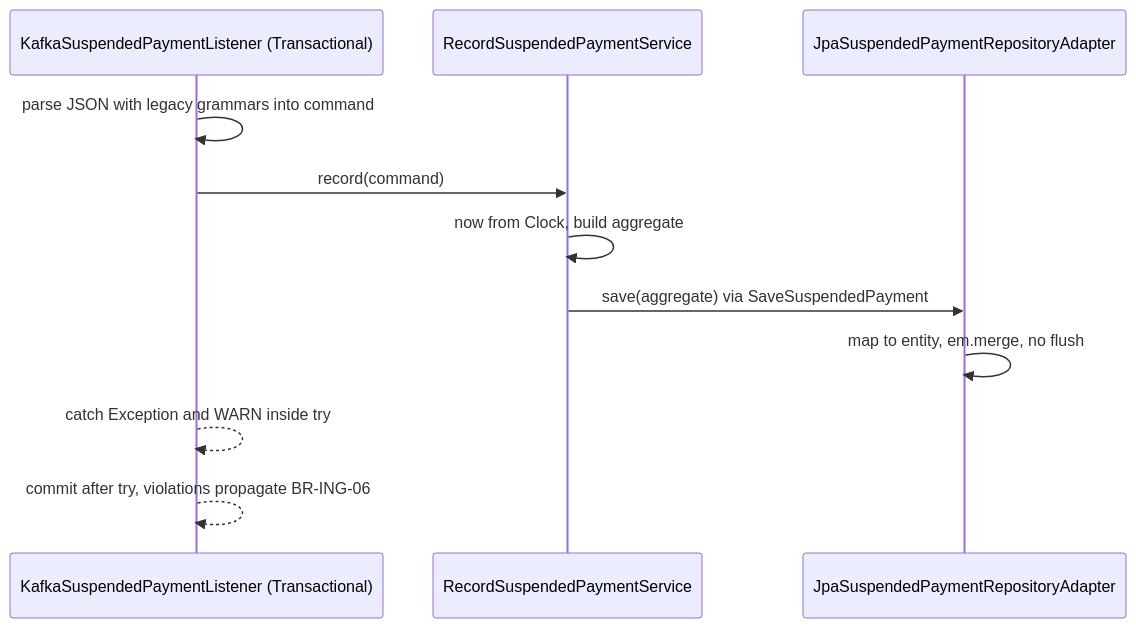
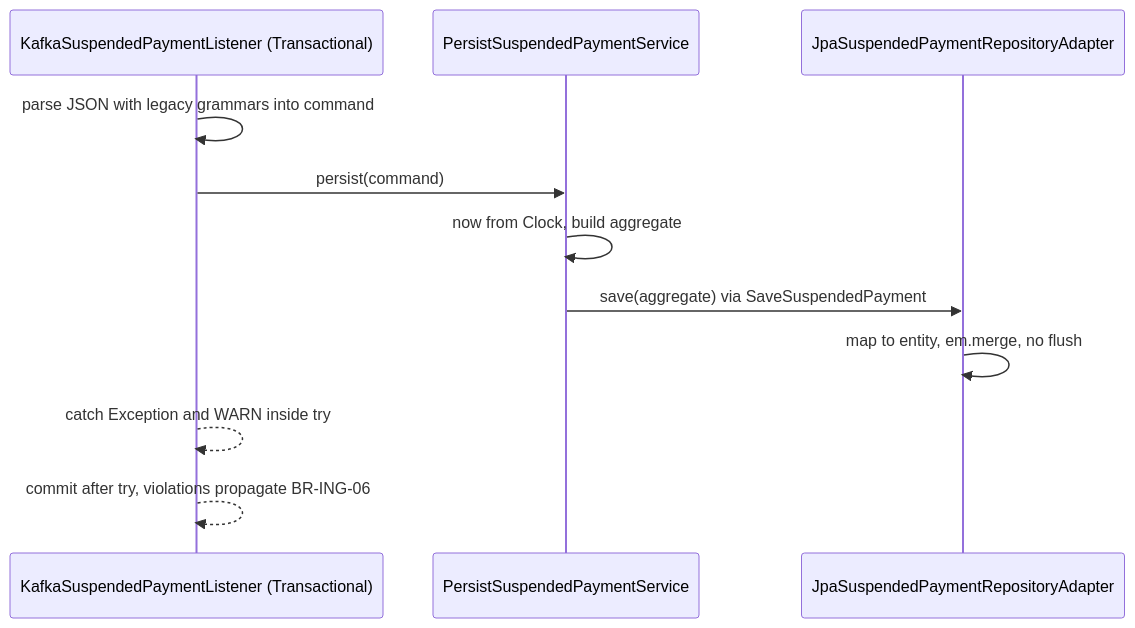
The fifth of 5 diagrams in realistic-mess-based-on-jpa-entities-challenge/docs/migration-2026-11-12/technical-layer-design.md (kevin-llps/payments-hexagonal-architecture-migration-challenge), drawn with Mermaid before and after one commit. The commit also changed other lines of this file and 9 other files, not shown here.

Commit message:
refactor(jpa): rename Record input ports to Persist in the Suspended context

````diff
--- a/realistic-mess-based-on-jpa-entities-challenge/docs/migration-2026-11-12/technical-layer-design.md
+++ b/realistic-mess-based-on-jpa-entities-challenge/docs/migration-2026-11-12/technical-layer-design.md
@@ -527,13 +527,13 @@
 ```mermaid
 sequenceDiagram
     participant K as KafkaSuspendedPaymentListener (Transactional)
-    participant R as RecordSuspendedPaymentService
+    participant R as PersistSuspendedPaymentService
     participant J as JpaSuspendedPaymentRepositoryAdapter
     K->>K: parse JSON with legacy grammars into command
-    K->>R: record(command)
+    K->>R: persist(command)
     R->>R: now from Clock, build aggregate
     R->>J: save(aggregate) via SaveSuspendedPayment
     J->>J: map to entity, em.merge, no flush
     K-->>K: catch Exception and WARN inside try
     K-->>K: commit after try, violations propagate BR-ING-06
 ```
````
